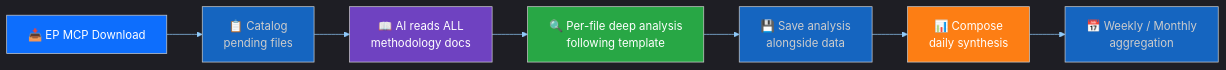
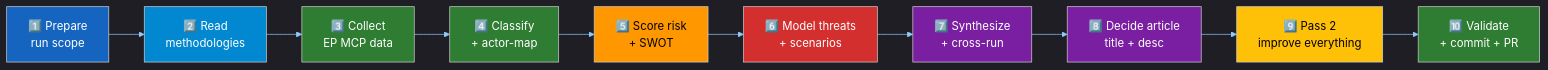
The diagram in analysis/methodologies/ai-driven-analysis-guide.md (Hack23/euparliamentmonitor), drawn with Mermaid before and after one commit. The commit also changed other lines of this file and 6 other files, not shown here.

First line of the commit message:
Simplify AI analysis guide, add artifact catalog + per-artifact methodologies

````diff
--- a/analysis/methodologies/ai-driven-analysis-guide.md
+++ b/analysis/methodologies/ai-driven-analysis-guide.md
@@ -436,15 +38,24 @@
 ```mermaid
-%%{init: {"theme":"dark","themeVariables":{"primaryColor":"#1565C0","primaryTextColor":"#ffffff","primaryBorderColor":"#0A3F7F","lineColor":"#90CAF9","secondaryColor":"#2E7D32","secondaryTextColor":"#ffffff","secondaryBorderColor":"#0F3F00","tertiaryColor":"#FF9800","tertiaryTextColor":"#000000","tertiaryBorderColor":"#7F4F00","mainBkg":"#1565C0","secondBkg":"#2E7D32","tertiaryBkg":"#FF9800","noteBkgColor":"#FFC107","noteTextColor":"#000000","noteBorderColor":"#7F6000","errorBkgColor":"#D32F2F","errorTextColor":"#ffffff","fontFamily":"Inter, Helvetica, Arial, sans-serif","pie1":"#1565C0","pie2":"#2E7D32","pie3":"#FF9800","pie4":"#D32F2F","pie5":"#FFC107","pie6":"#7B1FA2","pie7":"#9E9E9E","pie8":"#0288D1","pie9":"#388E3C","pie10":"#F57C00","pie11":"#C62828","pie12":"#FBC02D","pieTitleTextSize":"18px","pieSectionTextSize":"14px","pieLegendTextSize":"13px","pieStrokeColor":"#1e1e1e","pieOuterStrokeColor":"#1e1e1e","git0":"#1565C0","git1":"#2E7D32","git2":"#FF9800","git3":"#D32F2F","gitBranchLabel0":"#ffffff","gitBranchLabel1":"#ffffff","gitBranchLabel2":"#000000","gitBranchLabel3":"#ffffff","cScale0":"#1565C0","cScale1":"#2E7D32","cScale2":"#FF9800","cScale3":"#D32F2F","cScale4":"#FFC107","cScale5":"#7B1FA2","cScale6":"#9E9E9E","cScale7":"#0288D1","xyChart":{"backgroundColor":"#1e1e1e","plotColorPalette":"#1565C0,#2E7D32,#FF9800,#D32F2F,#FFC107,#7B1FA2,#9E9E9E"}}}}%%
+%%{init: {"theme":"dark","themeVariables":{"primaryColor":"#1565C0","primaryTextColor":"#ffffff","primaryBorderColor":"#0A3F7F","lineColor":"#90CAF9","secondaryColor":"#2E7D32","secondaryTextColor":"#ffffff","tertiaryColor":"#FF9800","tertiaryTextColor":"#000000","mainBkg":"#1565C0","secondBkg":"#2E7D32","tertiaryBkg":"#FF9800","noteBkgColor":"#FFC107","noteTextColor":"#000000","errorBkgColor":"#D32F2F","fontFamily":"Inter, Helvetica, Arial, sans-serif"}}}%%
 flowchart LR
-    A["📥 EP MCP Download"] --> B["📋 Catalog<br/>pending files"]
-    B --> C["📖 AI reads ALL<br/>methodology docs"]
-    C --> D["🔍 Per-file deep analysis<br/>following template"]
-    D --> E["💾 Save analysis<br/>alongside data"]
-    E --> F["📊 Compose<br/>daily synthesis"]
-    F --> G["📅 Weekly / Monthly<br/>aggregation"]
+    S1["1️⃣ Prepare<br/>run scope"] --> S2["2️⃣ Read<br/>methodologies"]
+    S2 --> S3["3️⃣ Collect<br/>EP MCP data"]
+    S3 --> S4["4️⃣ Classify<br/>+ actor-map"]
+    S4 --> S5["5️⃣ Score risk<br/>+ SWOT"]
+    S5 --> S6["6️⃣ Model threats<br/>+ scenarios"]
+    S6 --> S7["7️⃣ Synthesize<br/>+ cross-run"]
+    S7 --> S8["8️⃣ Decide article<br/>title + desc"]
+    S8 --> S9["9️⃣ Pass 2<br/>improve everything"]
+    S9 --> S10["🔟 Validate<br/>+ commit + PR"]
 
-    style A fill:#0d6efd,color:#fff
-    style C fill:#6f42c1,color:#fff
-    style D fill:#28a745,color:#fff
-    style F fill:#fd7e14,color:#fff
+    style S1 fill:#1565C0,color:#ffffff
+    style S2 fill:#0288D1,color:#ffffff
+    style S3 fill:#2E7D32,color:#ffffff
+    style S4 fill:#2E7D32,color:#ffffff
+    style S5 fill:#FF9800,color:#000000
+    style S6 fill:#D32F2F,color:#ffffff
+    style S7 fill:#7B1FA2,color:#ffffff
+    style S8 fill:#7B1FA2,color:#ffffff
+    style S9 fill:#FFC107,color:#000000
+    style S10 fill:#2E7D32,color:#ffffff
 ```
````
